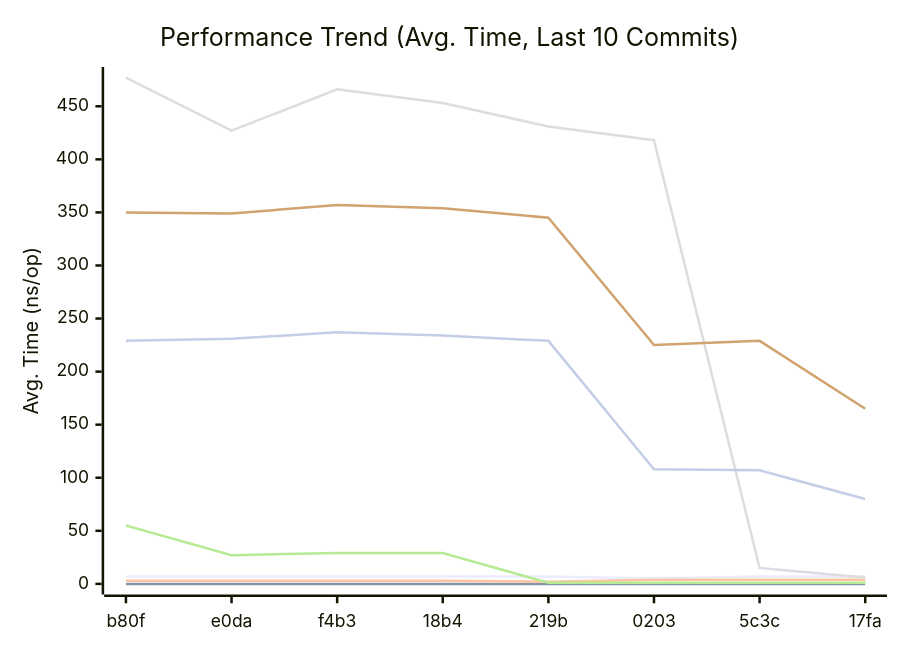
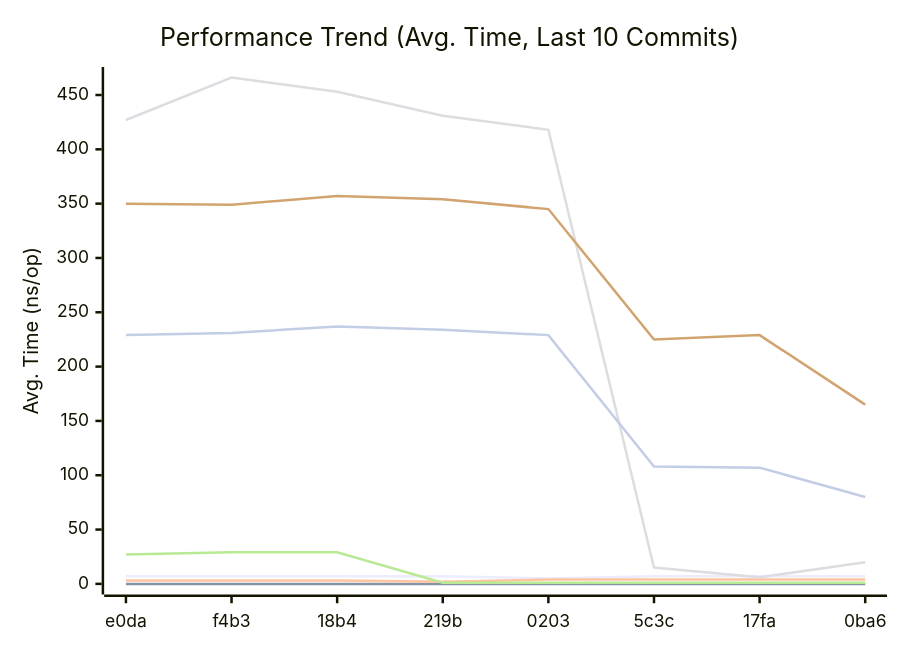
The first of 3 diagrams in docs/README.md (alsotoes/momo), drawn with Mermaid before and after one commit. The commit also changed other lines of this file and 1 other file, not shown here.

````diff
--- a/docs/README.md
+++ b/docs/README.md
@@ -187,14 +187,14 @@
 ```mermaid
 xychart-beta
     title "Performance Trend (Avg. Time, Last 10 Commits)"
     x-axis "Commit"
     y-axis "Avg. Time (ns/op)"
-    x-axis [b80f,e0da,f4b3,18b4,219b,0203,5c3c,17fa]
-    line "CheckMetricsAndSwap" [7,7,7,7,7,5,7,7,7,6]
+    x-axis [e0da,f4b3,18b4,219b,0203,5c3c,17fa,0ba6]
+    line "CheckMetricsAndSwap" [7,7,7,7,5,7,7,7,6,7]
     line "IndexDirectTracking" [0,0,0,0,0,0,0,0,0,0]
-    line "IndexSearch" [3,3,3,3,2,4,4,4,4,4]
-    line "LoadGlobalConfig" [477,427,466,453,431,418,15,6,20,21]
-    line "PadString" [55,27,29,29,1,1,1,1,1,1]
+    line "IndexSearch" [3,3,3,2,4,4,4,4,4,3]
+    line "LoadGlobalConfig" [427,466,453,431,418,15,6,20,21,22]
+    line "PadString" [27,29,29,1,1,1,1,1,1,1]
     line "ParseReplicationOrder_NoPrealloc" [350,349,357,354,345,225,229,165,232,234]
     line "ParseReplicationOrder_Prealloc" [229,231,237,234,229,108,107,80,110,109]
 ```
````
